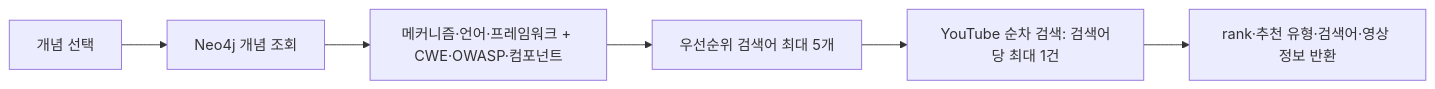
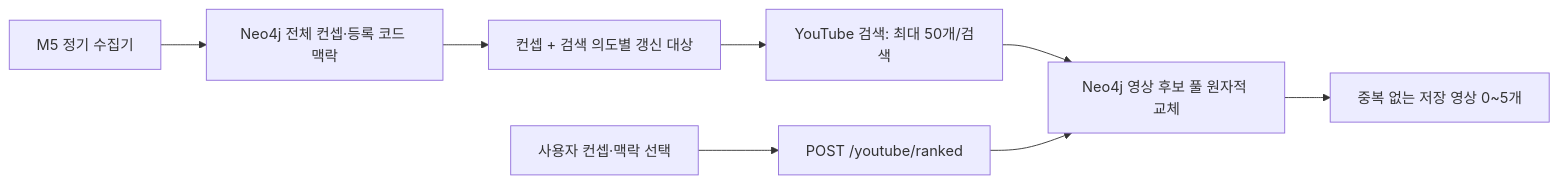
The diagram in backend/m5/README.md (ann-star20/Code-Shepherd), drawn with Mermaid before and after one commit. The commit also changed other lines of this file and 39 other files, not shown here.

Commit message:
feat(m5): persist YouTube recommendations with scheduled refresh and HITL docs

````diff
--- a/backend/m5/README.md
+++ b/backend/m5/README.md
@@ -7,8 +7,10 @@
 ```mermaid
 flowchart LR
-    A["개념 선택"] --> B["Neo4j 개념 조회"]
-    B --> C["메커니즘·언어·프레임워크 + CWE·OWASP·컴포넌트"]
-    C --> D["우선순위 검색어 최대 5개"]
-    D --> E["YouTube 순차 검색: 검색어당 최대 1건"]
-    E --> F["rank·추천 유형·검색어·영상 정보 반환"]
+    S["M5 정기 수집기"] --> C["Neo4j 전체 컨셉·등록 코드 맥락"]
+    C --> Q["컨셉 + 검색 의도별 갱신 대상"]
+    Q --> Y["YouTube 검색: 최대 50개/검색"]
+    Y --> P["Neo4j 영상 후보 풀 원자적 교체"]
+    U["사용자 컨셉·맥락 선택"] --> API["POST /youtube/ranked"]
+    API --> P
+    P --> R["중복 없는 저장 영상 0~5개"]
 ```
````
